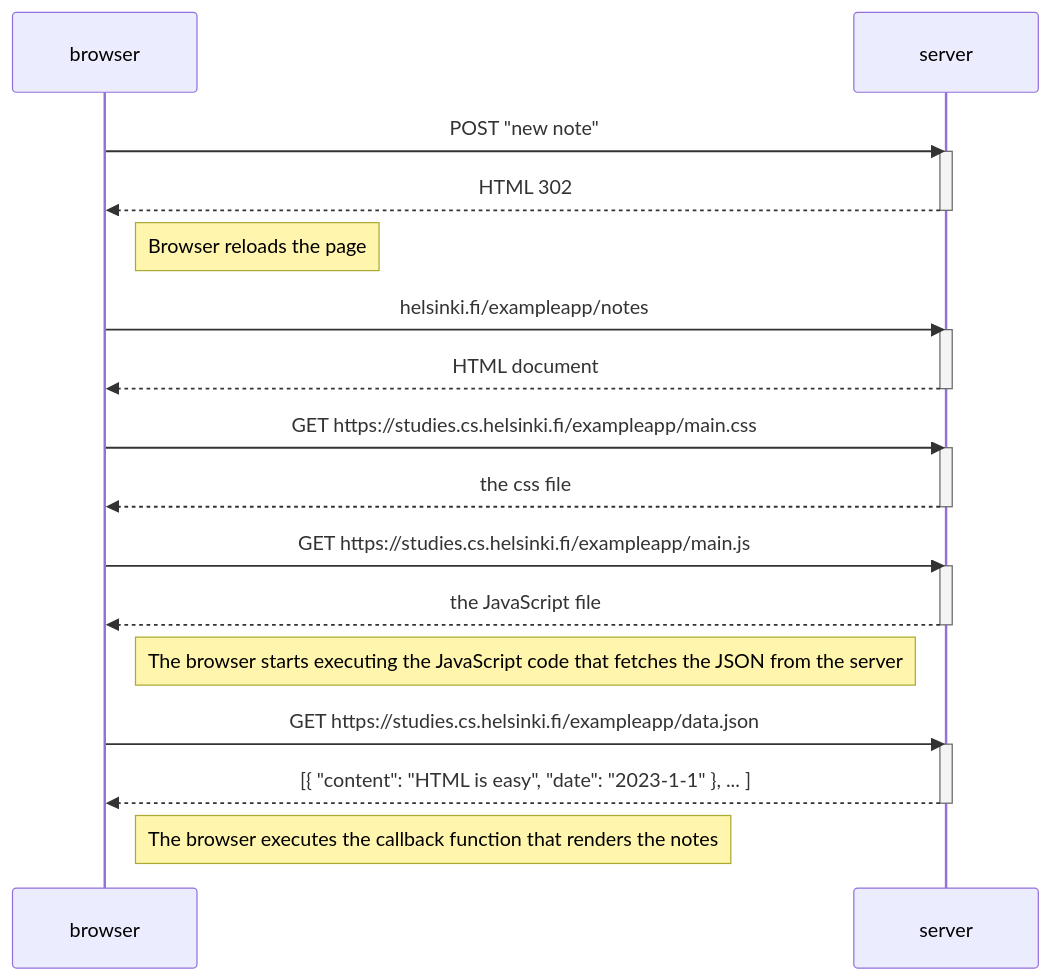
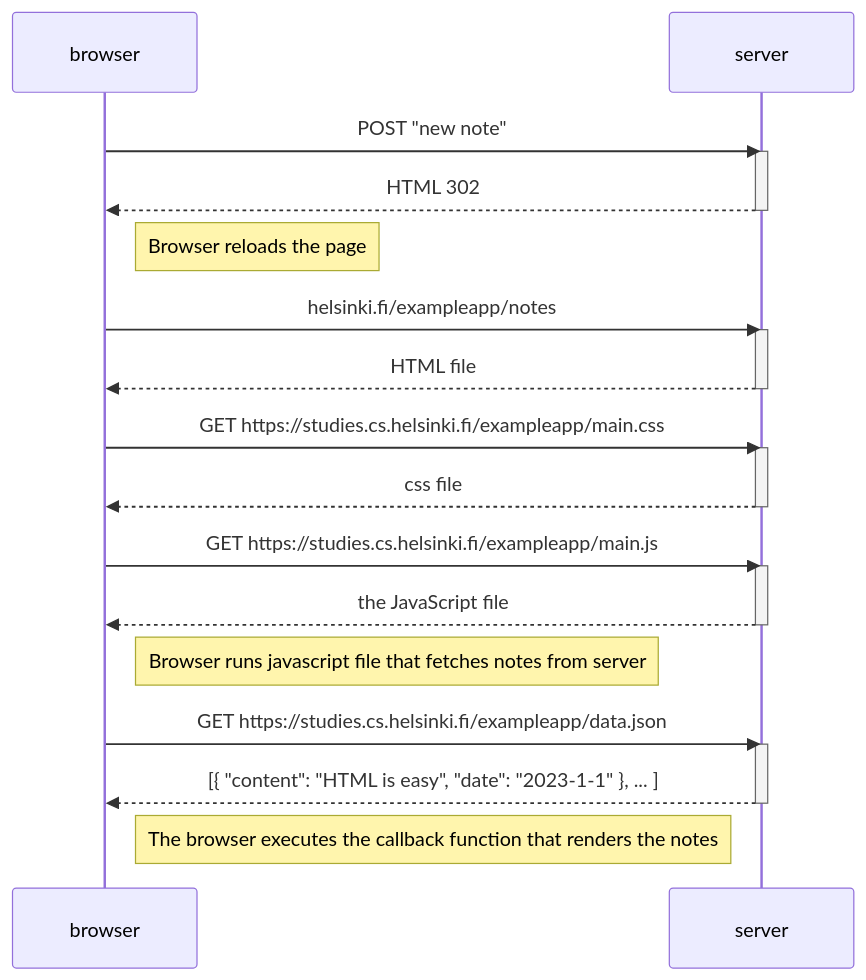
Before and after one commit to veetioskari/fullstack-course: the diagram in osa0/04.md, drawn with Mermaid. The commit also changed 1 other file, not shown here.

Commit message:
osa0 assigmments

````diff
--- a/osa0/04.md
+++ b/osa0/04.md
@@ -1,35 +1,35 @@
 ```mermaid
 sequenceDiagram
     participant browser
     participant server
     
     browser->>server: POST "new note"
     activate server
     server-->>browser: HTML 302
     deactivate server
     Note right of browser: Browser reloads the page 
 
     browser->>server: helsinki.fi/exampleapp/notes
     activate server
-    server-->>browser: HTML document
+    server-->>browser: HTML file
     deactivate server
     
     browser->>server: GET https://studies.cs.helsinki.fi/exampleapp/main.css
     activate server
-    server-->>browser: the css file
+    server-->>browser: css file
     deactivate server
     
     browser->>server: GET https://studies.cs.helsinki.fi/exampleapp/main.js
     activate server
     server-->>browser: the JavaScript file
     deactivate server
     
-    Note right of browser: The browser starts executing the JavaScript code that fetches the JSON from the server
+    Note right of browser: Browser runs javascript file that fetches notes from server
     
     browser->>server: GET https://studies.cs.helsinki.fi/exampleapp/data.json
     activate server
     server-->>browser: [{ "content": "HTML is easy", "date": "2023-1-1" }, ... ]
     deactivate server    
 
     Note right of browser: The browser executes the callback function that renders the notes
 ```
````
